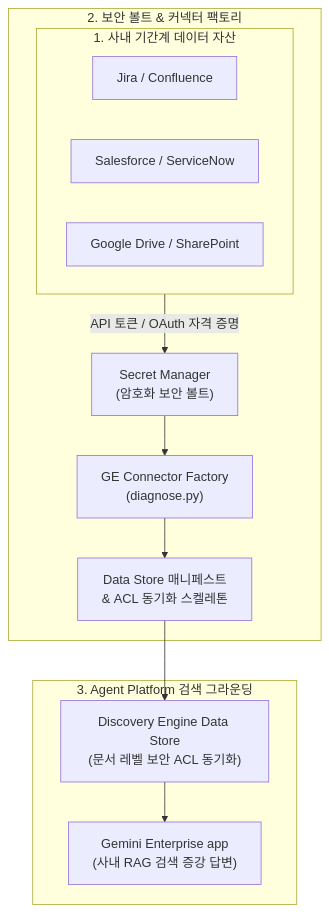
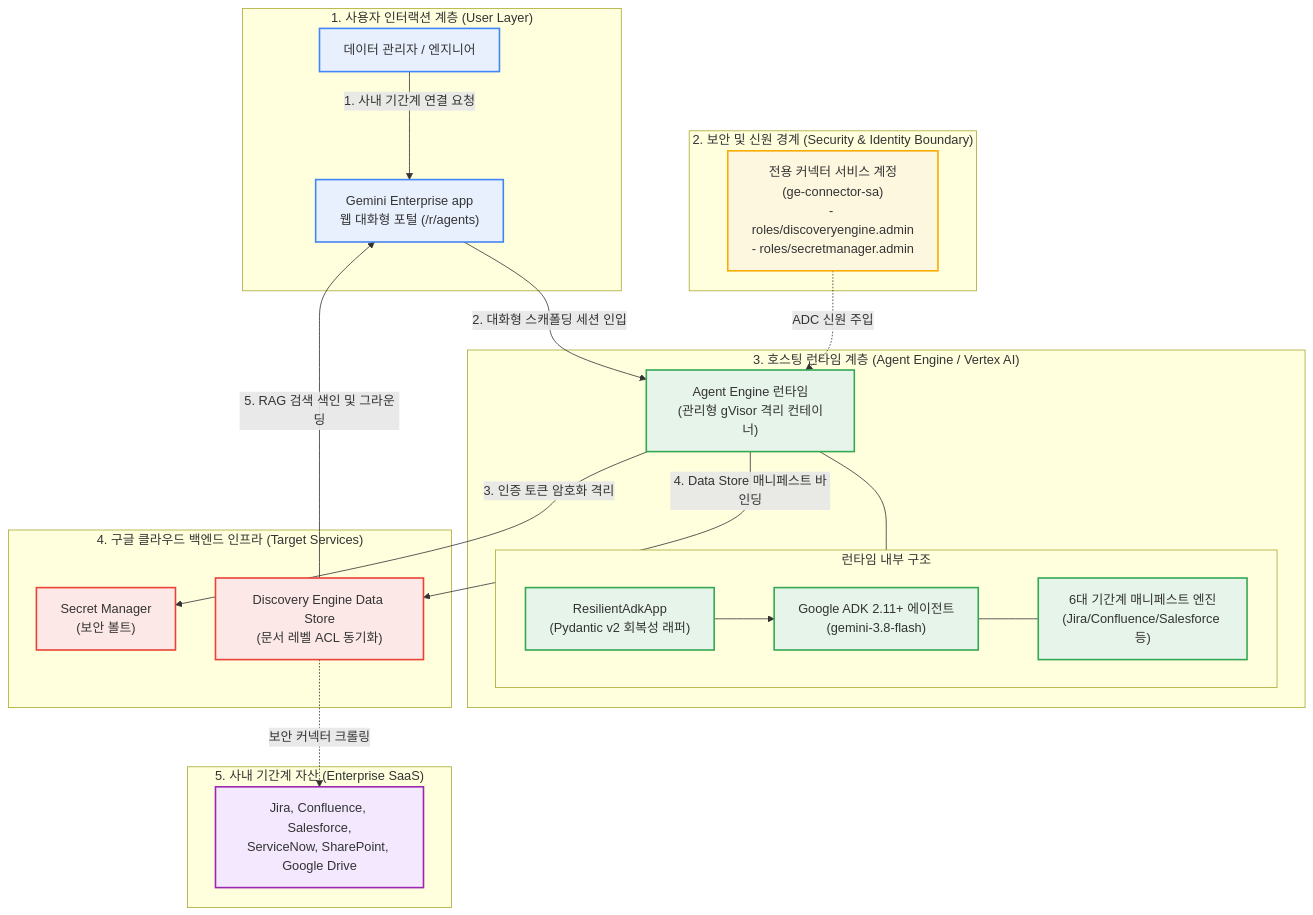
One commit to jiangjun-forge/google-cloud-0-to-1 changed the diagram in samples/gemini-enterprise-copilot-connector/README.md. Above: the diagram before and after it, drawn with Mermaid. The commit also changed other lines of this file and 4 other files, not shown here.

Commit message:
Update solution diagrams

````diff
--- a/samples/gemini-enterprise-copilot-connector/README.md
+++ b/samples/gemini-enterprise-copilot-connector/README.md
@@ -87,19 +87,47 @@
 ```mermaid
 flowchart TB
-    subgraph Enterprise["1. 사내 기간계 데이터 자산"]
-        Jira["Jira / Confluence"]
-        SF["Salesforce / ServiceNow"]
-        Drive["Google Drive / SharePoint"]
+    subgraph Client["1. 사용자 인터랙션 계층 (User Layer)"]
+        DataAdmin["데이터 관리자 / 엔지니어"] -->|"1. 사내 기간계 연결 요청"| GEApp["Gemini Enterprise app<br/>웹 대화형 포털 (/r/agents)"]
     end
 
-    subgraph Security["2. 보안 볼트 & 커넥터 팩토리"]
-        Enterprise -->|"API 토큰 / OAuth 자격 증명"| SM["Secret Manager<br/>(암호화 보안 볼트)"]
-        SM --> Connector["GE Connector Factory<br/>(diagnose.py)"]
-        Connector --> Manifest["Data Store 매니페스트<br/>& ACL 동기화 스켈레톤"]
+    subgraph Security["2. 보안 및 신원 경계 (Security & Identity Boundary)"]
+        SA["전용 커넥터 서비스 계정<br/>(ge-connector-sa)<br/>- roles/discoveryengine.admin<br/>- roles/secretmanager.admin"]
     end
 
-    subgraph Grounding["3. Agent Platform 검색 그라운딩"]
-        Manifest --> DS["Discovery Engine Data Store<br/>(문서 레벨 보안 ACL 동기화)"]
-        DS --> GE["Gemini Enterprise app<br/>(사내 RAG 검색 증강 답변)"]
+    subgraph Runtime["3. 호스팅 런타임 계층 (Agent Engine / Vertex AI)"]
+        GEApp -->|"2. 대화형 스캐폴딩 세션 인입"| Engine["Agent Engine 런타임<br/>(관리형 gVisor 격리 컨테이너)"]
+        
+        subgraph InsideEngine["런타임 내부 구조"]
+            Wrapper["ResilientAdkApp<br/>(Pydantic v2 회복성 래퍼)"]
+            ADK["Google ADK 2.11+ 에이전트<br/>(gemini-3.8-flash)"]
+            Templates["6대 기간계 매니페스트 엔진<br/>(Jira/Confluence/Salesforce 등)"]
+            Wrapper --> ADK --- Templates
+        end
+        Engine --- InsideEngine
     end
+
+    subgraph Backend["4. 구글 클라우드 백엔드 인프라 (Target Services)"]
+        Engine -->|"3. 인증 토큰 암호화 격리"| SM["Secret Manager<br/>(보안 볼트)"]
+        Engine -->|"4. Data Store 매니페스트 바인딩"| DiscEng["Discovery Engine Data Store<br/>(문서 레벨 ACL 동기화)"]
+        DiscEng -->|"5. RAG 검색 색인 및 그라운딩"| GEApp
+    end
+
+    subgraph SaaS["5. 사내 기간계 자산 (Enterprise SaaS)"]
+        SaaSAssets["Jira, Confluence, Salesforce,<br/>ServiceNow, SharePoint, Google Drive"]
+        DiscEng -.->|"보안 커넥터 크롤링"| SaaSAssets
+    end
+
+    SA -.->|"ADC 신원 주입"| Engine
+
+    classDef portal fill:#e8f0fe,stroke:#4285f4,stroke-width:2px;
+    classDef security fill:#fef7e0,stroke:#f9ab00,stroke-width:2px;
+    classDef runtime fill:#e6f4ea,stroke:#34a853,stroke-width:2px;
+    classDef backend fill:#fce8e6,stroke:#ea4335,stroke-width:2px;
+    classDef saas fill:#f3e8fd,stroke:#9c27b0,stroke-width:2px;
+
+    class DataAdmin,GEApp portal;
+    class SA security;
+    class Engine,Wrapper,ADK,Templates runtime;
+    class SM,DiscEng backend;
+    class SaaSAssets saas;
 ```
````
